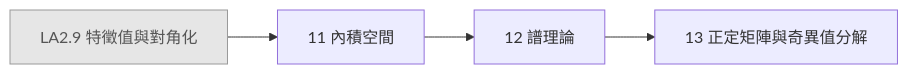
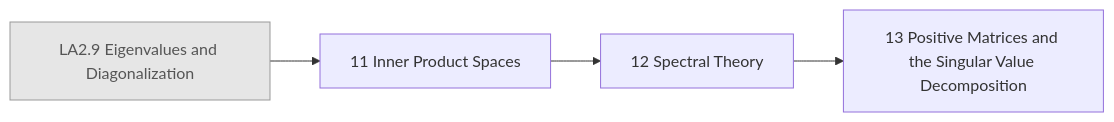
The ninth of 26 diagrams in generated/README.md (AkizumiFox/math-atlas), drawn with Mermaid before and after one commit. The commit also changed other lines of this file and 36 other files, not shown here.

````diff
--- a/generated/README.md
+++ b/generated/README.md
@@ -262,13 +261,13 @@
 ```mermaid
 flowchart LR
-  LA2_9["LA2.9 特徵值與對角化"]:::ext
-  LA3_11["11 內積空間"]
-  LA3_12["12 譜理論"]
-  LA3_13["13 正定矩陣與奇異值分解"]
+  LA2_9["LA2.9 Eigenvalues and Diagonalization"]:::ext
+  LA3_11["11 Inner Product Spaces"]
+  LA3_12["12 Spectral Theory"]
+  LA3_13["13 Positive Matrices and the Singular Value Decomposition"]
   LA2_9 --> LA3_11
   LA3_11 --> LA3_12
   LA3_12 --> LA3_13
   classDef ext fill:#e6e6e6,stroke:#999,color:#555
   classDef opt fill:#fff,stroke:#999,stroke-dasharray:4 3,color:#555
   classDef segb fill:#f6f6fb,stroke:#99a,color:#333
 ```
````
